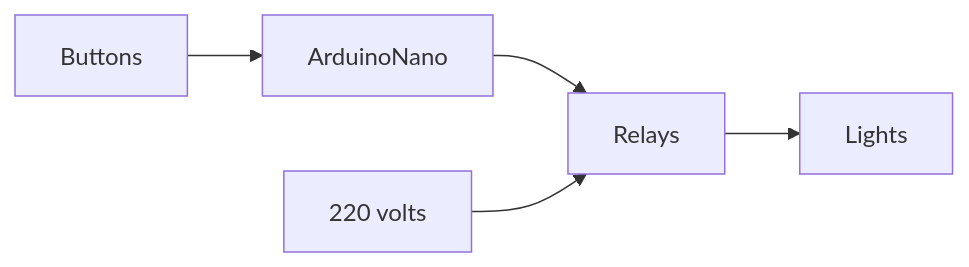
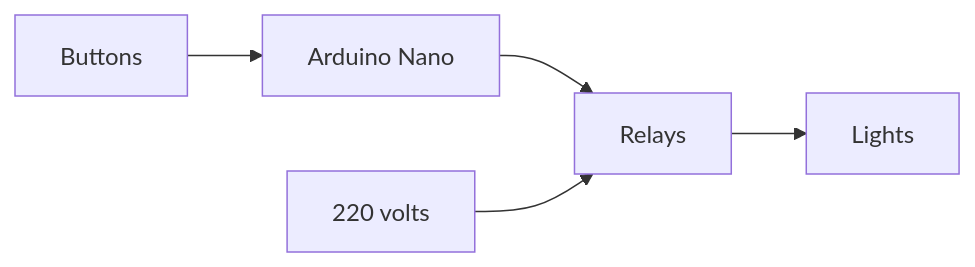
The diagram in README.md (gonzalorf/smart-switches), drawn with Mermaid before and after one commit.

````diff
--- a/README.md
+++ b/README.md
@@ -6,7 +6,7 @@
 ```mermaid
 flowchart LR
-Switches[Buttons] --> Arduino[ArduinoNano]
+Switches[Buttons] --> Arduino[Arduino Nano]
 Arduino --> Relays[Relays]
 Power[220 volts] --> Relays
 Relays --> Lights[Lights]
 ```
````
